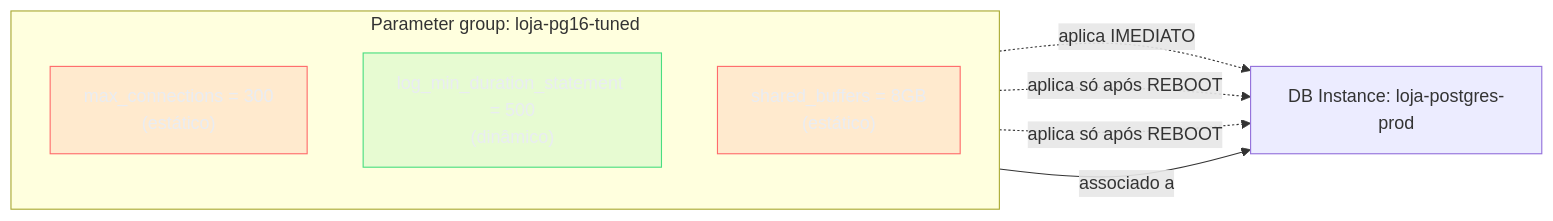
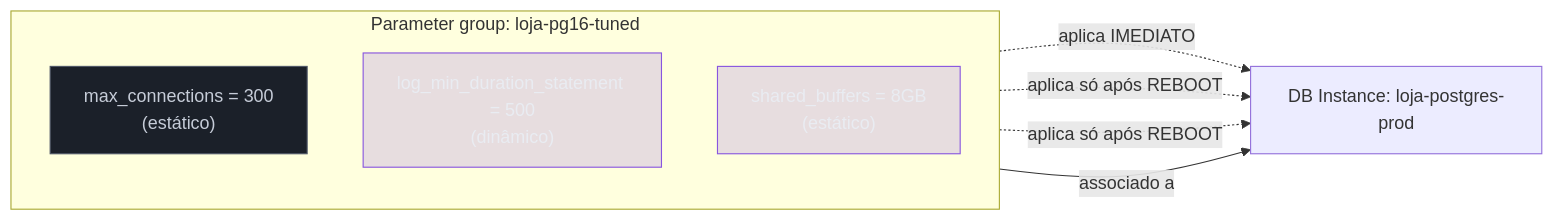
Before and after one commit to josenaldo/codex-technomanticus: the second of 3 diagrams in 03-Dominios/Tecnologia/Cloud/09 - Bancos gerenciados/02 - RDS e Managed Databases a fundo.md, drawn with Mermaid. The commit also changed 601 other files, not shown here.

````diff
--- a/03-Dominios/Tecnologia/Cloud/09 - Bancos gerenciados/02 - RDS e Managed Databases a fundo.md
+++ b/03-Dominios/Tecnologia/Cloud/09 - Bancos gerenciados/02 - RDS e Managed Databases a fundo.md
@@ -154,19 +154,19 @@
 ```mermaid
 flowchart LR
-    classDef falha fill:#FF6B6B24,stroke:#FF6B6B,color:#E9ECF2
-    classDef ok fill:#4ADE8021,stroke:#4ADE80,color:#E9ECF2
+    classDef marca fill:#8855DF33,stroke:#8855DF,color:#E9ECF2
+    classDef neutro fill:#1B2029,stroke:#4E5666,color:#C6CCD8
     subgraph PG["Parameter group: loja-pg16-tuned"]
         direction TB
         P1["max_connections = 300<br/>(estático)"]
         P2["log_min_duration_statement = 500<br/>(dinâmico)"]
         P3["shared_buffers = 8GB<br/>(estático)"]
     end
     PG -->|"associado a"| Instance["DB Instance: loja-postgres-prod"]
     P2 -.->|"aplica IMEDIATO"| Instance
     P1 -.->|"aplica só após REBOOT"| Instance
     P3 -.->|"aplica só após REBOOT"| Instance
 
-    class P1 falha
-    class P3 falha
-    class P2 ok
+    class P1 neutro
+    class P3 marca
+    class P2 marca
 ```
````
